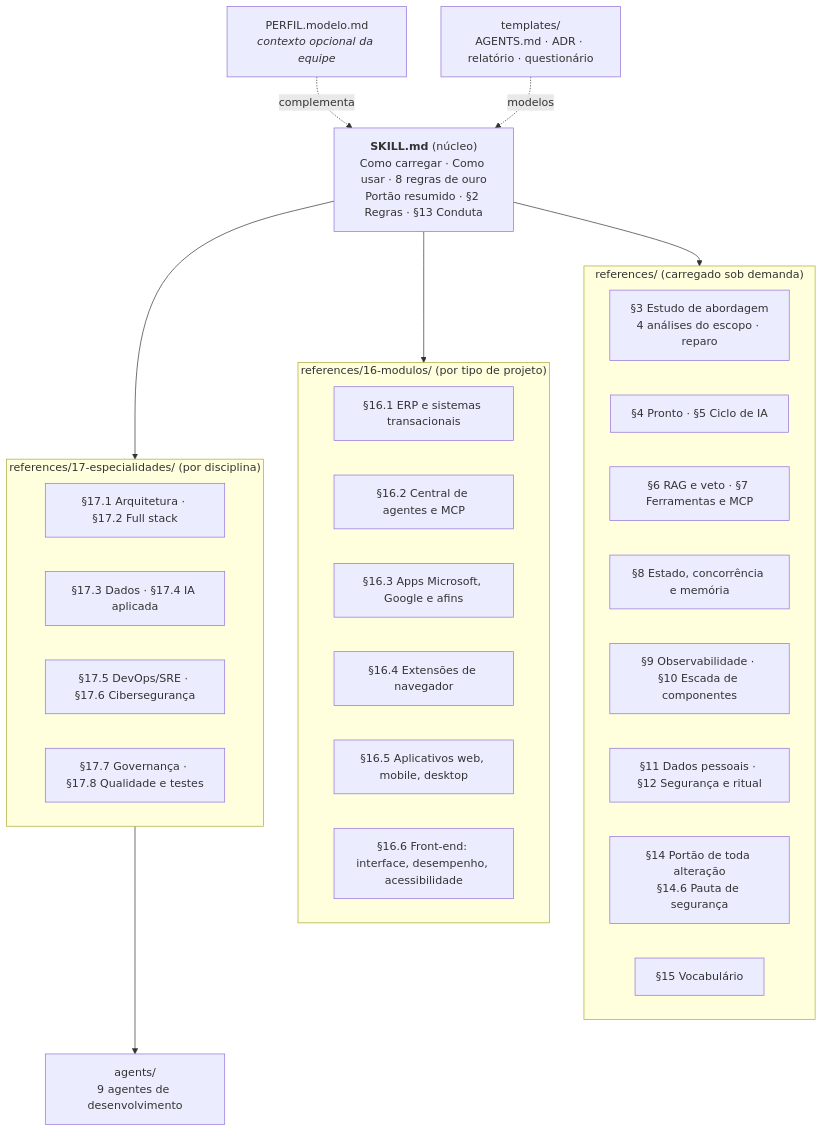
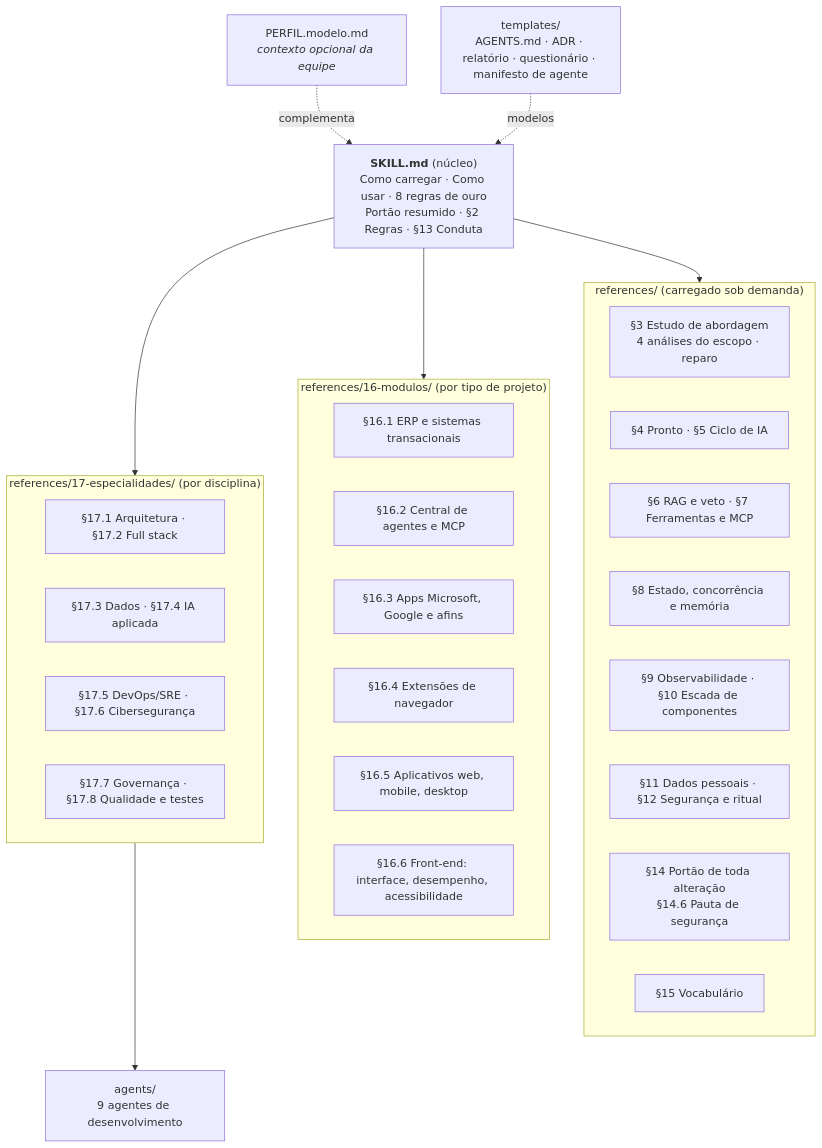
Before and after one commit to sergiojuniorreis/metodo-engenharia-software: the diagram in README.md, drawn with Mermaid. The commit also changed other lines of this file and 11 other files, not shown here.

First line of the commit message:
feat: microsserviços, sistemas poliglotas, manifesto de agente e §16.5 aprofundado

````diff
--- a/README.md
+++ b/README.md
@@ -71,42 +71,42 @@
 ```mermaid
 flowchart TD
     N["<b>SKILL.md</b> (núcleo)<br/>Como carregar · Como usar · 8 regras de ouro<br/>Portão resumido · §2 Regras · §13 Conduta"]
     P["PERFIL.modelo.md<br/><i>contexto opcional da equipe</i>"]
 
     subgraph REF["references/ (carregado sob demanda)"]
         R3["§3 Estudo de abordagem<br/>4 análises do escopo · reparo"]
         R45["§4 Pronto · §5 Ciclo de IA"]
         R67["§6 RAG e veto · §7 Ferramentas e MCP"]
         R8["§8 Estado, concorrência e memória"]
         R910["§9 Observabilidade · §10 Escada de componentes"]
         R1112["§11 Dados pessoais · §12 Segurança e ritual"]
         R14["§14 Portão de toda alteração<br/>§14.6 Pauta de segurança"]
         R15["§15 Vocabulário"]
     end
 
     subgraph MOD["references/16-modulos/ (por tipo de projeto)"]
         M1["§16.1 ERP e sistemas transacionais"]
         M2["§16.2 Central de agentes e MCP"]
         M3["§16.3 Apps Microsoft, Google e afins"]
         M4["§16.4 Extensões de navegador"]
         M5["§16.5 Aplicativos web, mobile, desktop"]
         M6["§16.6 Front-end: interface, desempenho, acessibilidade"]
     end
 
     subgraph ESP["references/17-especialidades/ (por disciplina)"]
         E1["§17.1 Arquitetura · §17.2 Full stack"]
         E2["§17.3 Dados · §17.4 IA aplicada"]
         E3["§17.5 DevOps/SRE · §17.6 Cibersegurança"]
         E4["§17.7 Governança · §17.8 Qualidade e testes"]
     end
 
     AG["agents/<br/>9 agentes de desenvolvimento"]
-    TP["templates/<br/>AGENTS.md · ADR · relatório · questionário"]
+    TP["templates/<br/>AGENTS.md · ADR · relatório · questionário · manifesto de agente"]
 
     N --> REF
     N --> MOD
     N --> ESP
     ESP --> AG
     P -. complementa .-> N
     TP -. modelos .-> N
 ```
````
